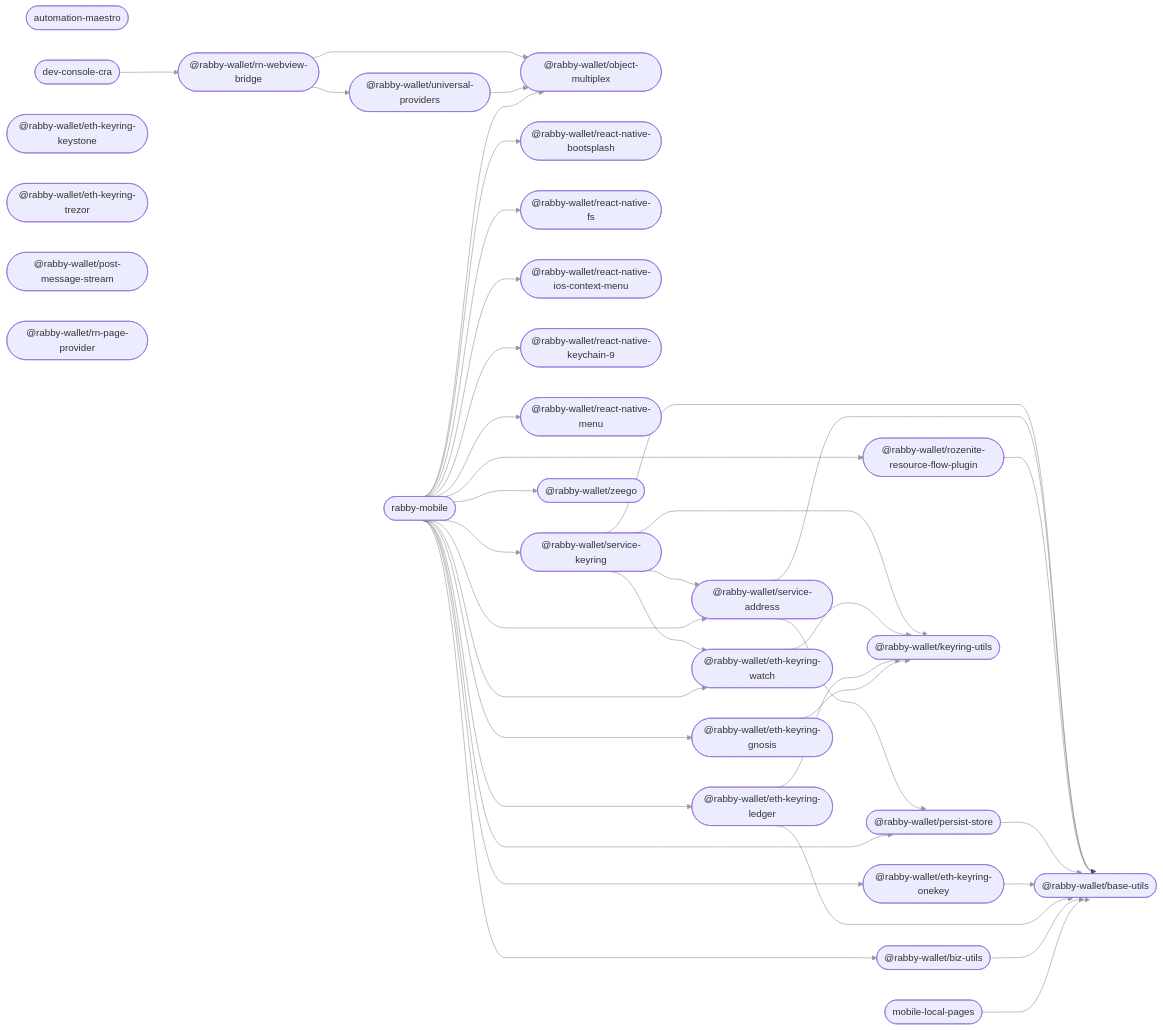
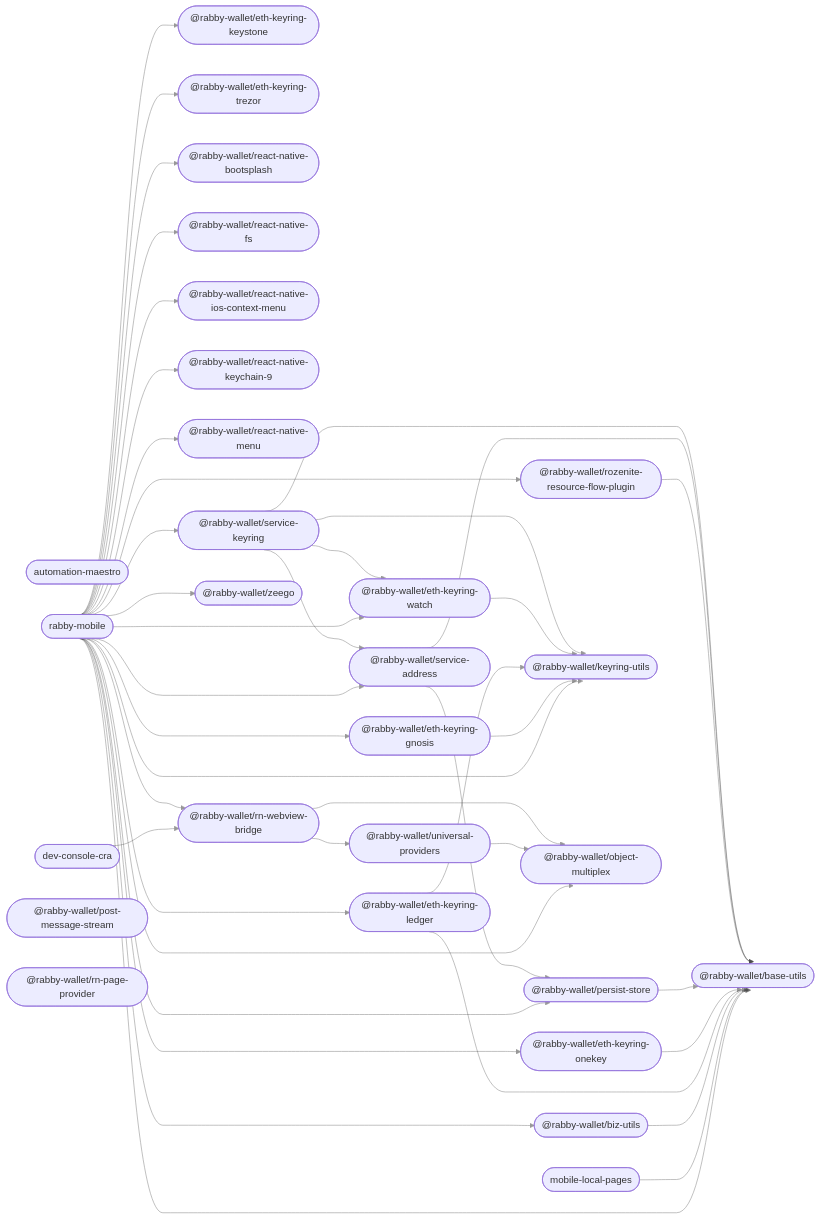
The diagram in README.md (RabbyHub/rabby-mobile), drawn with Mermaid before and after one commit. The commit also changed 15 other files, not shown here.

First line of the commit message:
chore: enforce exact direct dependency versions and refresh README dependency graph (#2369)

````diff
--- a/README.md
+++ b/README.md
@@ -46,68 +46,73 @@
 ```mermaid
 %%{ init: { 'flowchart': { 'curve': 'bumpX' } } }%%
 graph LR;
 linkStyle default opacity:0.5
   automation_maestro(["automation-maestro"]);
   dev_console_cra(["dev-console-cra"]);
   rabby_mobile(["rabby-mobile"]);
   mobile_local_pages(["mobile-local-pages"]);
   base_utils(["@rabby-wallet/base-utils"]);
   biz_utils(["@rabby-wallet/biz-utils"]);
   eth_keyring_gnosis(["@rabby-wallet/eth-keyring-gnosis"]);
   eth_keyring_keystone(["@rabby-wallet/eth-keyring-keystone"]);
   eth_keyring_ledger(["@rabby-wallet/eth-keyring-ledger"]);
   eth_keyring_onekey(["@rabby-wallet/eth-keyring-onekey"]);
   eth_keyring_trezor(["@rabby-wallet/eth-keyring-trezor"]);
   eth_keyring_watch(["@rabby-wallet/eth-keyring-watch"]);
   keyring_utils(["@rabby-wallet/keyring-utils"]);
   object_multiplex(["@rabby-wallet/object-multiplex"]);
   persist_store(["@rabby-wallet/persist-store"]);
   post_message_stream(["@rabby-wallet/post-message-stream"]);
   universal_providers(["@rabby-wallet/universal-providers"]);
   react_native_bootsplash(["@rabby-wallet/react-native-bootsplash"]);
   react_native_fs(["@rabby-wallet/react-native-fs"]);
   react_native_ios_context_menu(["@rabby-wallet/react-native-ios-context-menu"]);
   react_native_keychain_9(["@rabby-wallet/react-native-keychain-9"]);
   react_native_menu(["@rabby-wallet/react-native-menu"]);
   rn_page_provider(["@rabby-wallet/rn-page-provider"]);
   rn_webview_bridge(["@rabby-wallet/rn-webview-bridge"]);
   rozenite_resource_flow_plugin(["@rabby-wallet/rozenite-resource-flow-plugin"]);
   service_address(["@rabby-wallet/service-address"]);
   service_keyring(["@rabby-wallet/service-keyring"]);
   zeego(["@rabby-wallet/zeego"]);
   dev_console_cra --> rn_webview_bridge;
+  rabby_mobile --> base_utils;
   rabby_mobile --> biz_utils;
   rabby_mobile --> eth_keyring_gnosis;
+  rabby_mobile --> eth_keyring_keystone;
   rabby_mobile --> eth_keyring_ledger;
   rabby_mobile --> eth_keyring_onekey;
+  rabby_mobile --> eth_keyring_trezor;
   rabby_mobile --> eth_keyring_watch;
+  rabby_mobile --> keyring_utils;
   rabby_mobile --> object_multiplex;
   rabby_mobile --> persist_store;
   rabby_mobile --> react_native_bootsplash;
   rabby_mobile --> react_native_fs;
   rabby_mobile --> react_native_ios_context_menu;
   rabby_mobile --> react_native_keychain_9;
   rabby_mobile --> react_native_menu;
+  rabby_mobile --> rn_webview_bridge;
   rabby_mobile --> rozenite_resource_flow_plugin;
   rabby_mobile --> service_address;
   rabby_mobile --> service_keyring;
   rabby_mobile --> zeego;
   mobile_local_pages --> base_utils;
   biz_utils --> base_utils;
   eth_keyring_gnosis --> keyring_utils;
   eth_keyring_ledger --> base_utils;
   eth_keyring_ledger --> keyring_utils;
   eth_keyring_onekey --> base_utils;
   eth_keyring_watch --> keyring_utils;
   persist_store --> base_utils;
   universal_providers --> object_multiplex;
   rn_webview_bridge --> object_multiplex;
   rn_webview_bridge --> universal_providers;
   rozenite_resource_flow_plugin --> base_utils;
   service_address --> base_utils;
   service_address --> persist_store;
   service_keyring --> base_utils;
   service_keyring --> eth_keyring_watch;
   service_keyring --> keyring_utils;
   service_keyring --> service_address;
 ```
````
